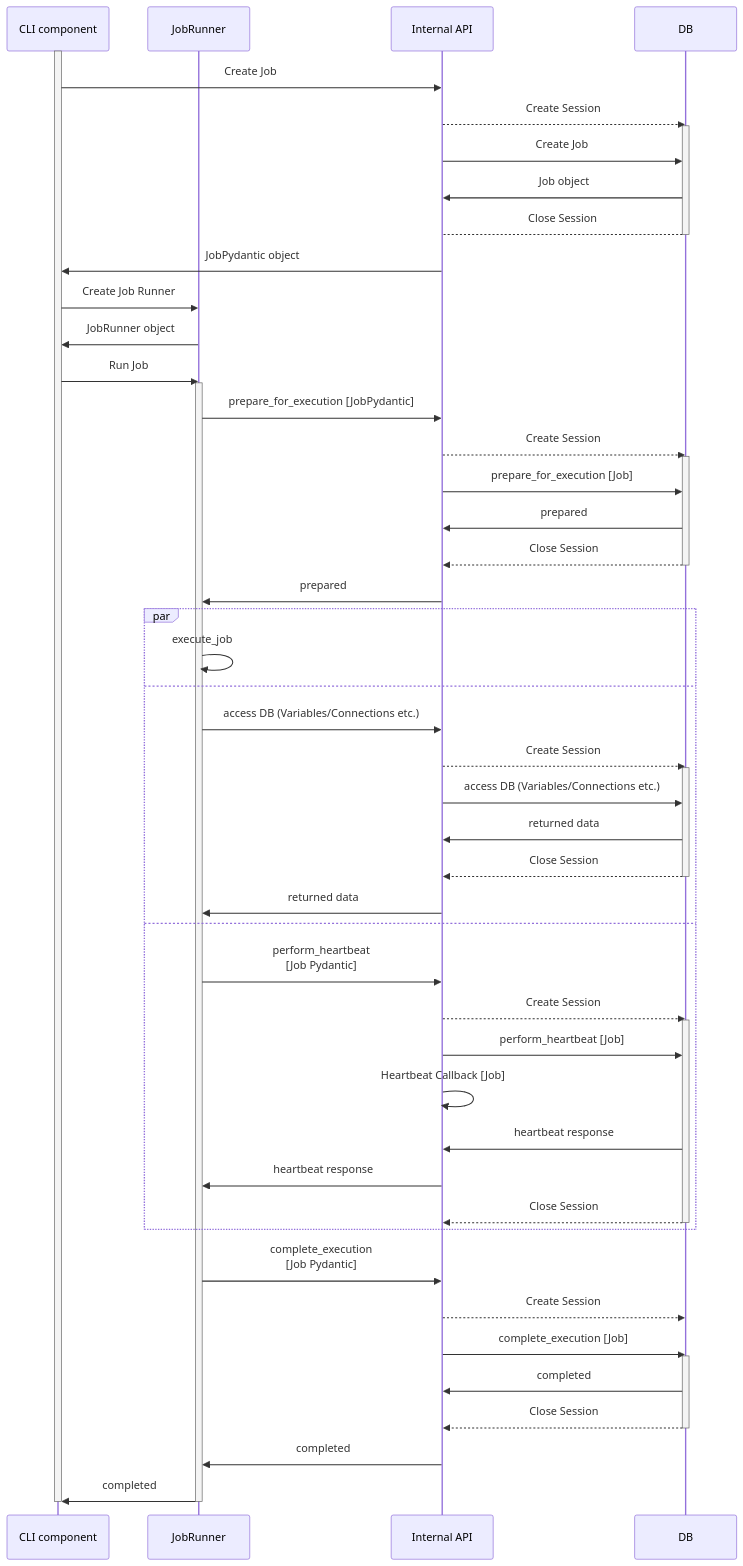
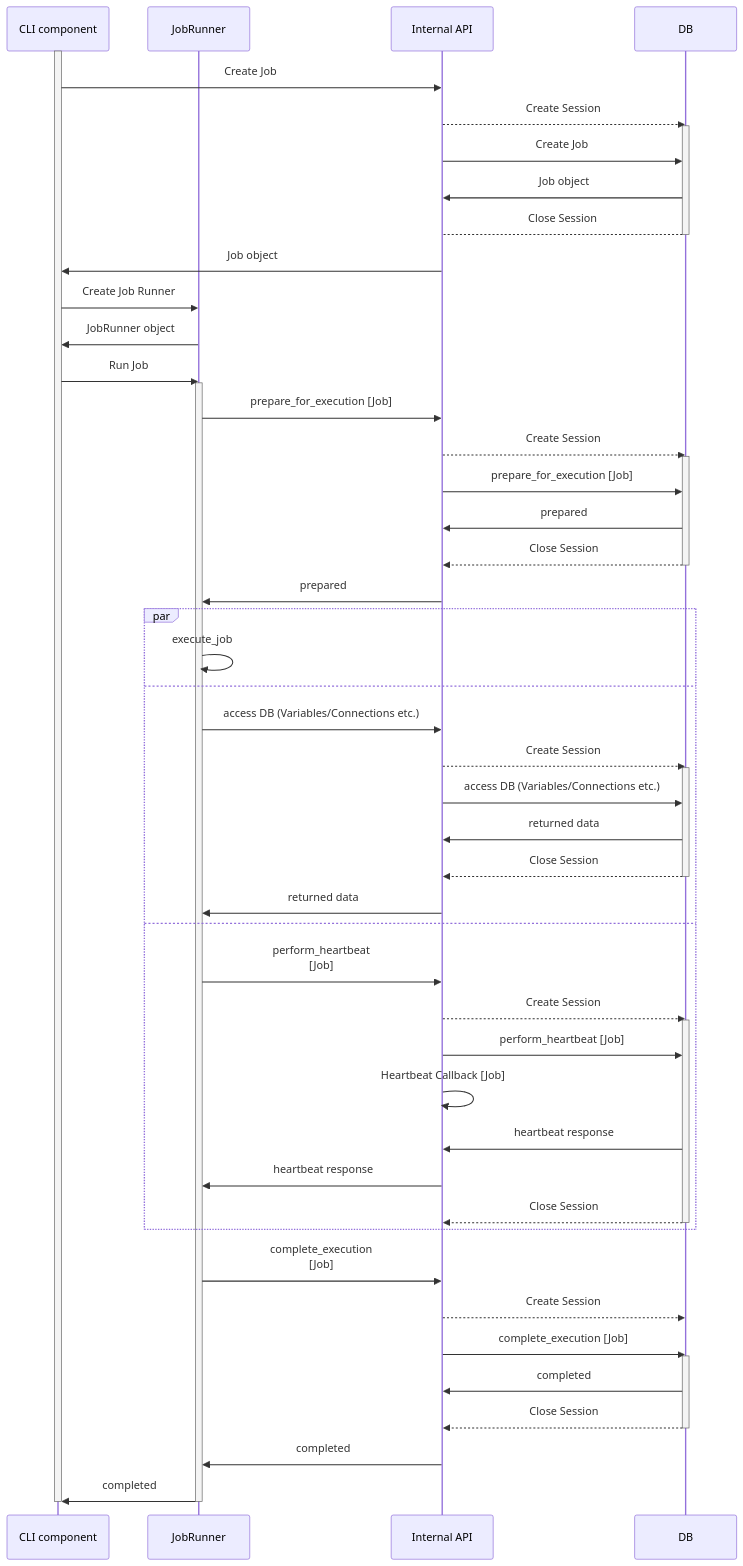
The second of 2 diagrams in airflow/jobs/JOB_LIFECYCLE.md (GoogleCloudPlatform/composer-airflow), drawn with Mermaid before and after one commit. The commit also changed 34 other files, not shown here.

````diff
--- a/airflow/jobs/JOB_LIFECYCLE.md
+++ b/airflow/jobs/JOB_LIFECYCLE.md
@@ -85,74 +85,74 @@
 ```mermaid
 sequenceDiagram
     participant CLI component
     participant JobRunner
     participant Internal API
     participant DB
 
     activate CLI component
 
 
     CLI component->>Internal API: Create Job
     Internal API-->>DB: Create Session
     activate DB
     Internal API ->> DB: Create Job
     DB ->> Internal API: Job object
     DB --> Internal API: Close Session
     deactivate DB
 
-    Internal API->>CLI component: JobPydantic object
+    Internal API->>CLI component: Job object
 
     CLI component->>JobRunner: Create Job Runner
     JobRunner ->> CLI component: JobRunner object
 
     CLI component->>JobRunner: Run Job
 
     activate JobRunner
 
-    JobRunner->>Internal API: prepare_for_execution [JobPydantic]
+    JobRunner->>Internal API: prepare_for_execution [Job]
 
     Internal API-->>DB: Create Session
     activate DB
     Internal API ->> DB: prepare_for_execution [Job]
     DB->>Internal API: prepared
     DB-->>Internal API: Close Session
     deactivate DB
     Internal API->>JobRunner: prepared
 
     par
         JobRunner->>JobRunner: execute_job
     and
         JobRunner ->> Internal API: access DB (Variables/Connections etc.)
         Internal API-->>DB: Create Session
         activate DB
         Internal API ->> DB: access DB (Variables/Connections etc.)
         DB ->> Internal API: returned data
         DB-->>Internal API: Close Session
         deactivate DB
         Internal API ->> JobRunner: returned data
     and
-        JobRunner->>Internal API: perform_heartbeat <br> [Job Pydantic]
+        JobRunner->>Internal API: perform_heartbeat <br> [Job]
         Internal API-->>DB: Create Session
         activate DB
         Internal API->>DB: perform_heartbeat [Job]
         Internal API ->> Internal API: Heartbeat Callback [Job]
         DB ->> Internal API: heartbeat response
         Internal API ->> JobRunner: heartbeat response
         DB-->>Internal API: Close Session
         deactivate DB
     end
 
-    JobRunner->>Internal API: complete_execution  <br> [Job Pydantic]
+    JobRunner->>Internal API: complete_execution  <br> [Job]
     Internal API-->>DB: Create Session
     Internal API->>DB: complete_execution [Job]
     activate DB
     DB ->> Internal API: completed
     DB-->>Internal API: Close Session
     deactivate DB
     Internal API->>JobRunner: completed
     JobRunner ->> CLI component: completed
 
     deactivate JobRunner
 
     deactivate CLI component
 ```
````
